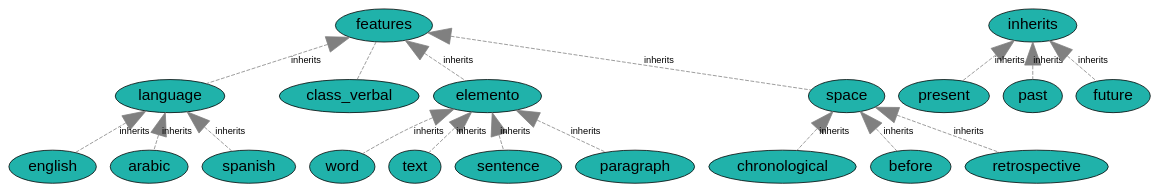
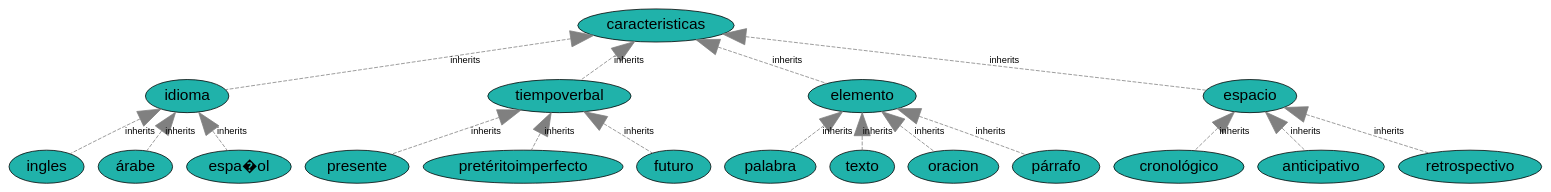
The diagram in Output/parametros_dot12_characteristics.dot (JuanCasado/Lenguajes), drawn with Graphviz before and after one commit. The commit also changed 13 other files, not shown here.

```diff
--- a/Output/parametros_dot12_characteristics.dot
+++ b/Output/parametros_dot12_characteristics.dot
@@ -1,70 +1,70 @@
 graph characteristics{
 	//Defecto
 	node [fontname="Arial"];
 	edge [fontname="Arial",fontsize=12];
 
 	//PROPERTIES
 	node[fontsize="10", fillcolor="lightgoldenrodyellow", style="filled", shape="record", ]
 
 	
 
 	//CLASES
 	node[fontsize="20", fillcolor="lightseagreen", style="filled", shape="ellipse", ]
 
 	
-	class_word [label="word"];
-	class_chronological [label="chronological"];
-	class_present [label="present"];
-	class_before [label="before"];
-	class_language [label="language"];
-	class_verbal tense [label="verbal tense"];
-	class_retrospective [label="retrospective"];
-	class_text [label="text"];
-	class_sentence [label="sentence"];
-	class_english [label="english"];
-	class_past [label="past"];
+	class_palabra [label="palabra"];
+	class_cronológico [label="cronológico"];
+	class_presente [label="presente"];
+	class_anticipativo [label="anticipativo"];
+	class_idioma [label="idioma"];
+	class_tiempoverbal [label="tiempoverbal"];
+	class_retrospectivo [label="retrospectivo"];
+	class_texto [label="texto"];
+	class_oracion [label="oracion"];
+	class_ingles [label="ingles"];
+	class_pretéritoimperfecto [label="pretéritoimperfecto"];
 	class_elemento [label="elemento"];
-	class_features [label="features"];
-	class_arabic [label="arabic"];
-	class_spanish [label="spanish"];
-	class_future [label="future"];
-	class_space [label="space"];
-	class_paragraph [label="paragraph"];
+	class_caracteristicas [label="caracteristicas"];
+	class_árabe [label="árabe"];
+	class_espa�ol [label="espa�ol"];
+	class_futuro [label="futuro"];
+	class_espacio [label="espacio"];
+	class_párrafo [label="párrafo"];
 
 	//RELACIONES
 	node[fontsize="15", fillcolor="paleturquoise", style="filled", shape="hexagon", ]
 
 
 	//CLASE -- PROPIEDAD
 	edge[len="3", style="dashed", color="grey", ]
 
 
 	//RELACION -- PROPIEDAD
 
 	// uso indirecto de definición de tipos
 
 	// asociaciones a través de atributos marcadas de forma directa
 
 	// herencias
-	class_features -- class_language [arrowsize="3", arrowhead="normal", dir="back", label="inherits"];
-	class_language -- class_spanish [arrowsize="3", arrowhead="normal", dir="back", label="inherits"];
-	class_language -- class_english [arrowsize="3", arrowhead="normal", dir="back", label="inherits"];
-	class_language -- class_arabic [arrowsize="3", arrowhead="normal", dir="back", label="inherits"];
-	class_features -- class_verbal tense [arrowsize="3", arrowhead="normal", dir="back", label="inherits"];
-	class_verbal tense -- class_present [arrowsize="3", arrowhead="normal", dir="back", label="inherits"];
-	class_verbal tense -- class_future [arrowsize="3", arrowhead="normal", dir="back", label="inherits"];
-	class_verbal tense -- class_past [arrowsize="3", arrowhead="normal", dir="back", label="inherits"];
-	class_features -- class_space [arrowsize="3", arrowhead="normal", dir="back", label="inherits"];
-	class_space -- class_chronological [arrowsize="3", arrowhead="normal", dir="back", label="inherits"];
-	class_space -- class_retrospective [arrowsize="3", arrowhead="normal", dir="back", label="inherits"];
-	class_space -- class_before [arrowsize="3", arrowhead="normal", dir="back", label="inherits"];
-	class_features -- class_elemento [arrowsize="3", arrowhead="normal", dir="back", label="inherits"];
-	class_elemento -- class_text [arrowsize="3", arrowhead="normal", dir="back", label="inherits"];
-	class_elemento -- class_paragraph [arrowsize="3", arrowhead="normal", dir="back", label="inherits"];
-	class_elemento -- class_sentence [arrowsize="3", arrowhead="normal", dir="back", label="inherits"];
-	class_elemento -- class_word [arrowsize="3", arrowhead="normal", dir="back", label="inherits"];
+	class_caracteristicas -- class_idioma [arrowsize="3", arrowhead="normal", dir="back", label="inherits"];
+	class_idioma -- class_espa�ol [arrowsize="3", arrowhead="normal", dir="back", label="inherits"];
+	class_idioma -- class_ingles [arrowsize="3", arrowhead="normal", dir="back", label="inherits"];
+	class_idioma -- class_árabe [arrowsize="3", arrowhead="normal", dir="back", label="inherits"];
+	class_caracteristicas -- class_tiempoverbal [arrowsize="3", arrowhead="normal", dir="back", label="inherits"];
+	class_tiempoverbal -- class_presente [arrowsize="3", arrowhead="normal", dir="back", label="inherits"];
+	class_tiempoverbal -- class_futuro [arrowsize="3", arrowhead="normal", dir="back", label="inherits"];
+	class_tiempoverbal -- class_pretéritoimperfecto [arrowsize="3", arrowhead="normal", dir="back", label="inherits"];
+	class_caracteristicas -- class_espacio [arrowsize="3", arrowhead="normal", dir="back", label="inherits"];
+	class_espacio -- class_cronológico [arrowsize="3", arrowhead="normal", dir="back", label="inherits"];
+	class_espacio -- class_retrospectivo [arrowsize="3", arrowhead="normal", dir="back", label="inherits"];
+	class_espacio -- class_anticipativo [arrowsize="3", arrowhead="normal", dir="back", label="inherits"];
+	class_caracteristicas -- class_elemento [arrowsize="3", arrowhead="normal", dir="back", label="inherits"];
+	class_elemento -- class_texto [arrowsize="3", arrowhead="normal", dir="back", label="inherits"];
+	class_elemento -- class_párrafo [arrowsize="3", arrowhead="normal", dir="back", label="inherits"];
+	class_elemento -- class_oracion [arrowsize="3", arrowhead="normal", dir="back", label="inherits"];
+	class_elemento -- class_palabra [arrowsize="3", arrowhead="normal", dir="back", label="inherits"];
 
 	// enlaces de relaciones
 	edge[len="2",penwidth="3",color="blue"]
 
 }
```
